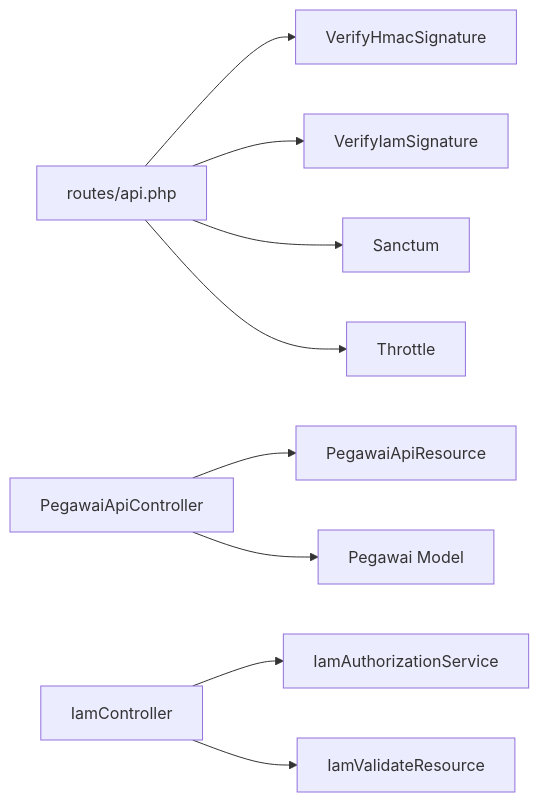
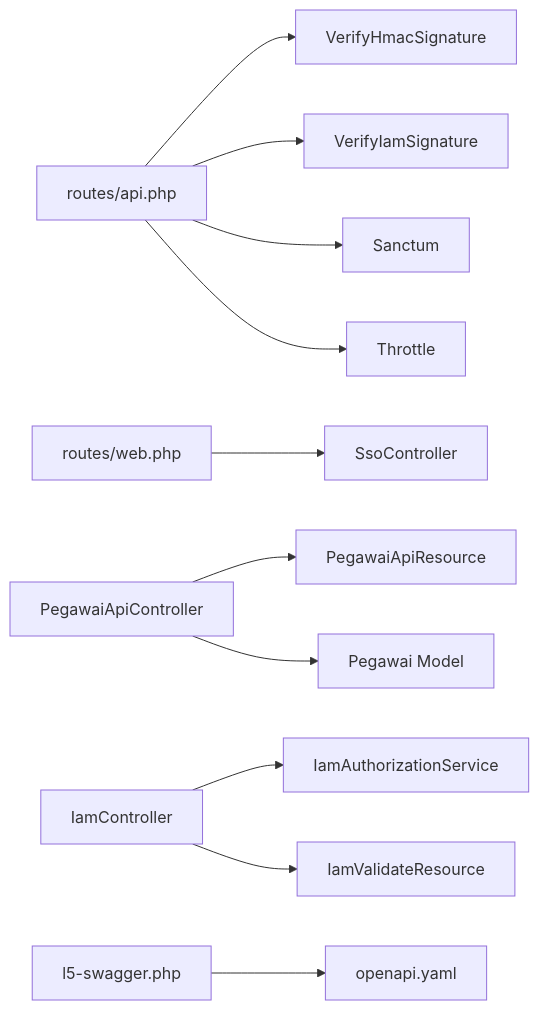
Before and after one commit to PA-Penajam/kepegawaian_apps: the eighth of 8 diagrams in .qoder/repowiki/en/content/API Documentation/API Documentation.md, drawn with Mermaid. The commit also changed other lines of this file and 13 other files, not shown here.

````diff
--- a/.qoder/repowiki/en/content/API Documentation/API Documentation.md
+++ b/.qoder/repowiki/en/content/API Documentation/API Documentation.md
@@ -383,11 +593,13 @@
 ```mermaid
 graph LR
 R["routes/api.php"] --> RH["VerifyHmacSignature"]
 R --> RI["VerifyIamSignature"]
 R --> S["Sanctum"]
 R --> T["Throttle"]
+WS["routes/web.php"] --> SC["SsoController"]
 P["PegawaiApiController"] --> PR["PegawaiApiResource"]
 P --> M["Pegawai Model"]
 I["IamController"] --> IS["IamAuthorizationService"]
 I --> IV["IamValidateResource"]
+SW["l5-swagger.php"] --> OA["openapi.yaml"]
 ```
````
